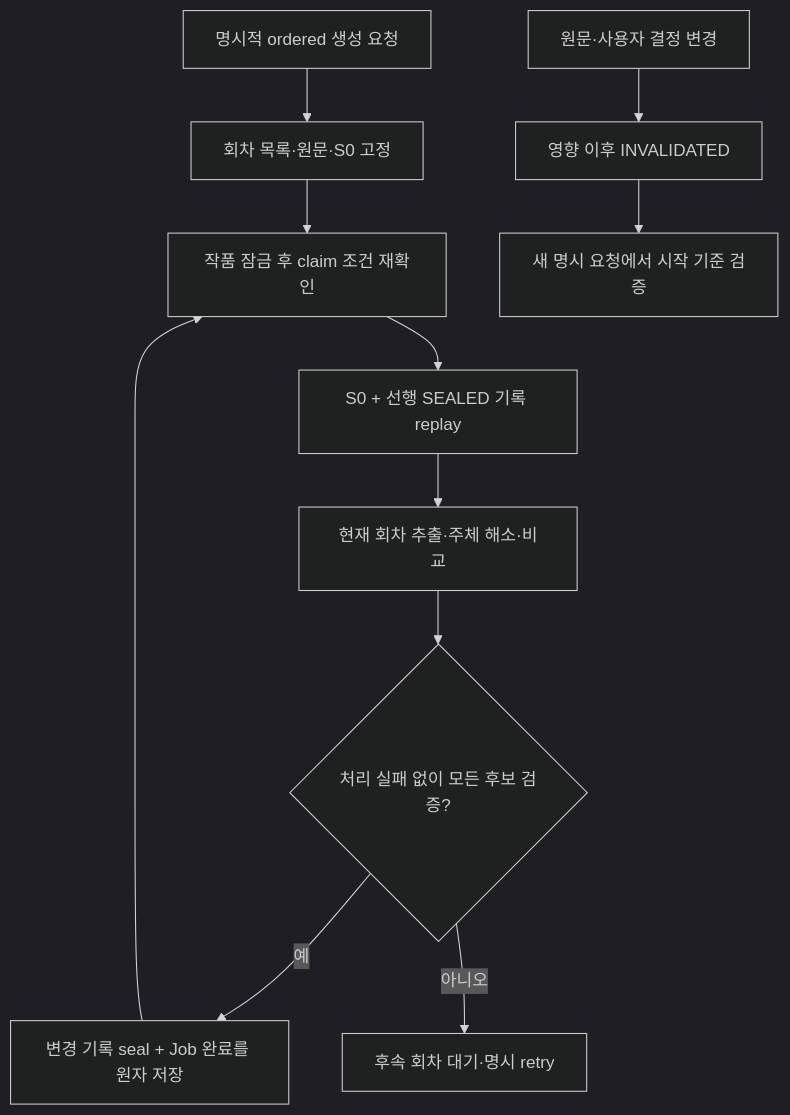
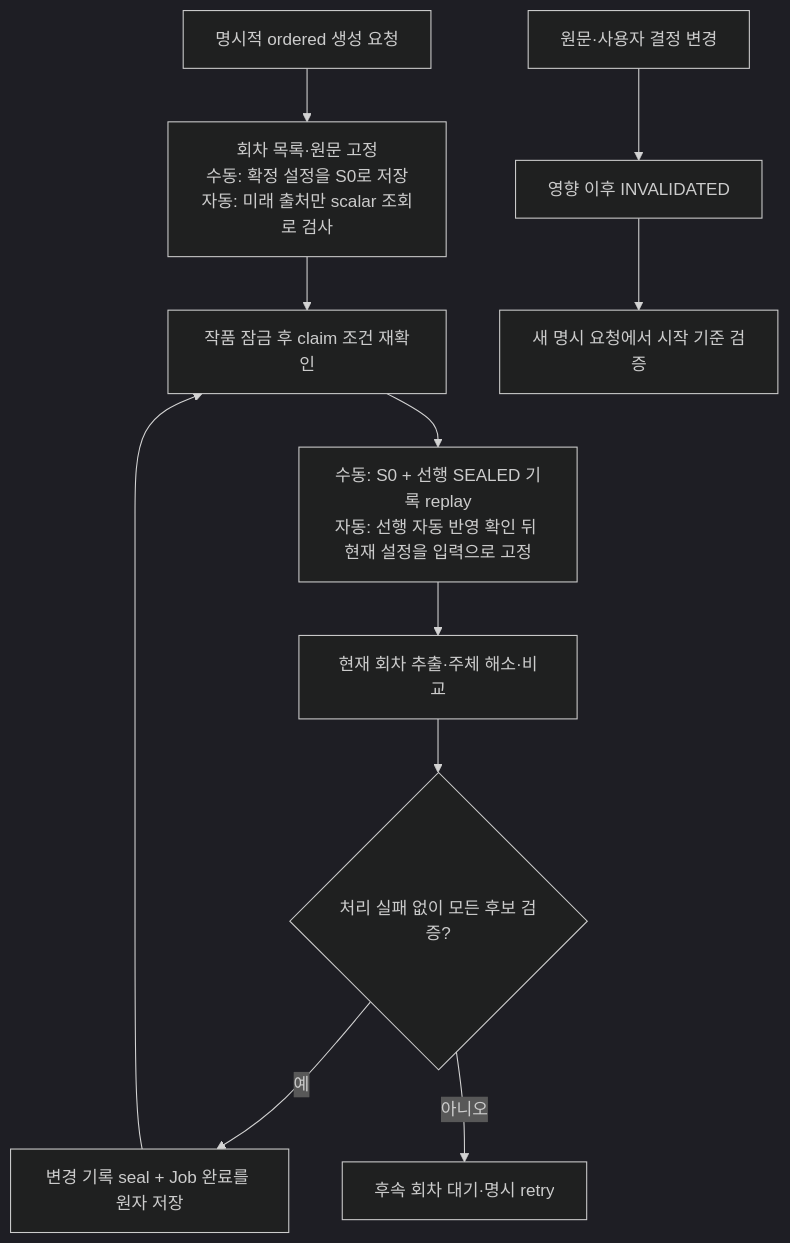
One commit to catchhole-soma/catchhole-backend-java changed the first of 13 diagrams in docs/analysis-workflow.md. Above: the diagram before and after it, drawn with Mermaid (dark theme). The commit also changed 4 other files, not shown here.

````diff
--- a/docs/analysis-workflow.md
+++ b/docs/analysis-workflow.md
@@ -19,13 +19,13 @@
 ```mermaid
 flowchart TD
-    R["명시적 ordered 생성 요청"] --> S["회차 목록·원문·S0 고정"]
+    R["명시적 ordered 생성 요청"] --> S["회차 목록·원문 고정<br/>수동: 확정 설정을 S0로 저장<br/>자동: 미래 출처만 scalar 조회로 검사"]
     S --> C["작품 잠금 후 claim 조건 재확인"]
-    C --> P["S0 + 선행 SEALED 기록 replay"]
+    C --> P["수동: S0 + 선행 SEALED 기록 replay<br/>자동: 선행 자동 반영 확인 뒤 현재 설정을 입력으로 고정"]
     P --> A["현재 회차 추출·주체 해소·비교"]
     A --> V{"처리 실패 없이 모든 후보 검증?"}
     V -- "예" --> J["변경 기록 seal + Job 완료를 원자 저장"]
     J --> C
     V -- "아니오" --> F["후속 회차 대기·명시 retry"]
     U["원문·사용자 결정 변경"] --> I["영향 이후 INVALIDATED"]
     I --> N["새 명시 요청에서 시작 기준 검증"]
 ```
````
